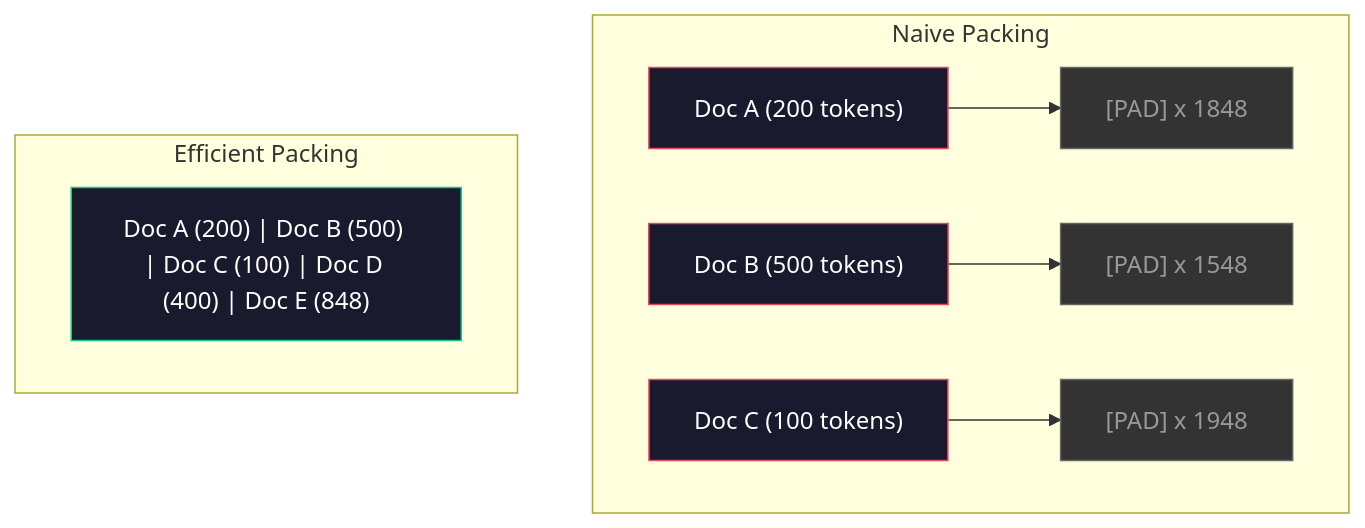
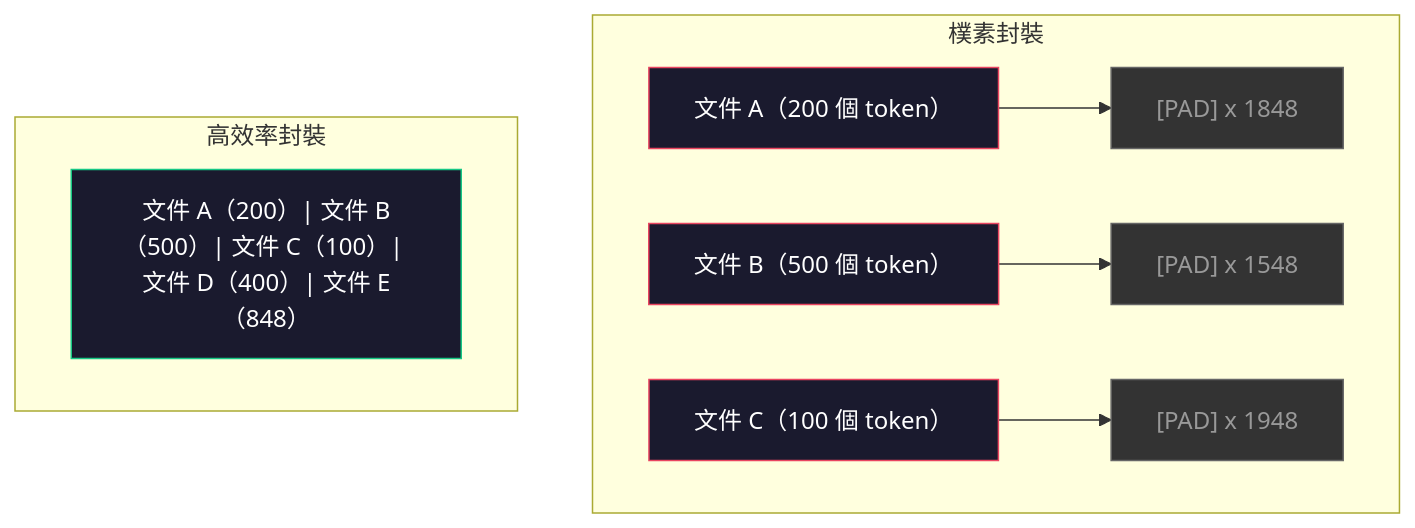
Before and after one commit to edward821220/ai-engineering-from-scratch: the third of 3 diagrams in i18n/zh-TW/phases/10-llms-from-scratch/03-data-pipelines/docs/zh-TW.md, drawn with Mermaid. The commit also changed other lines of this file and 123 other files, not shown here.

````diff
--- a/i18n/zh-TW/phases/10-llms-from-scratch/03-data-pipelines/docs/zh-TW.md
+++ b/i18n/zh-TW/phases/10-llms-from-scratch/03-data-pipelines/docs/zh-TW.md
@@ -137,20 +137,20 @@
 ```mermaid
 graph TD
-    subgraph Naive Packing
-        A1["Doc A (200 tokens)"] --> P1["[PAD] x 1848"]
-        A2["Doc B (500 tokens)"] --> P2["[PAD] x 1548"]
-        A3["Doc C (100 tokens)"] --> P3["[PAD] x 1948"]
+    subgraph 樸素封裝
+        A1["文件 A（200 個 token）"] --> P1["[PAD] x 1848"]
+        A2["文件 B（500 個 token）"] --> P2["[PAD] x 1548"]
+        A3["文件 C（100 個 token）"] --> P3["[PAD] x 1948"]
     end
 
-    subgraph Efficient Packing
-        B1["Doc A (200) | Doc B (500) | Doc C (100) | Doc D (400) | Doc E (848)"]
+    subgraph 高效率封裝
+        B1["文件 A（200）| 文件 B（500）| 文件 C（100）| 文件 D（400）| 文件 E（848）"]
     end
 
     style A1 fill:#1a1a2e,stroke:#e94560,color:#fff
     style A2 fill:#1a1a2e,stroke:#e94560,color:#fff
     style A3 fill:#1a1a2e,stroke:#e94560,color:#fff
     style P1 fill:#333,stroke:#666,color:#999
     style P2 fill:#333,stroke:#666,color:#999
     style P3 fill:#333,stroke:#666,color:#999
     style B1 fill:#1a1a2e,stroke:#16c784,color:#fff
 ```
````
